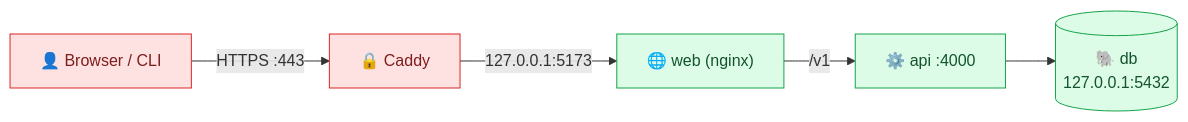
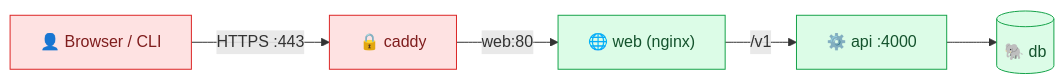
The second of 4 diagrams in docs/wiki/Deploying-on-a-VPS.md (felipeinoue0/eznit), drawn with Mermaid before and after one commit. The commit also changed other lines of this file and 8 other files, not shown here.

````diff
--- a/docs/wiki/Deploying-on-a-VPS.md
+++ b/docs/wiki/Deploying-on-a-VPS.md
@@ -113,11 +130,11 @@
 ```mermaid
 flowchart LR
-    U["👤 Browser / CLI"] -->|"HTTPS :443"| C["🔒 Caddy"]
-    C -->|"127.0.0.1:5173"| W["🌐 web (nginx)"]
+    U["👤 Browser / CLI"] -->|"HTTPS :443"| C["🔒 caddy"]
+    C -->|"web:80"| W["🌐 web (nginx)"]
     W -->|"/v1"| A["⚙️ api :4000"]
-    A --> D[("🐘 db<br/>127.0.0.1:5432")]
+    A --> D[("🐘 db")]
     classDef pub fill:#fee2e2,stroke:#dc2626,color:#7f1d1d
     classDef priv fill:#dcfce7,stroke:#16a34a,color:#14532d
     class U,C pub
     class W,A,D priv
 ```
````
